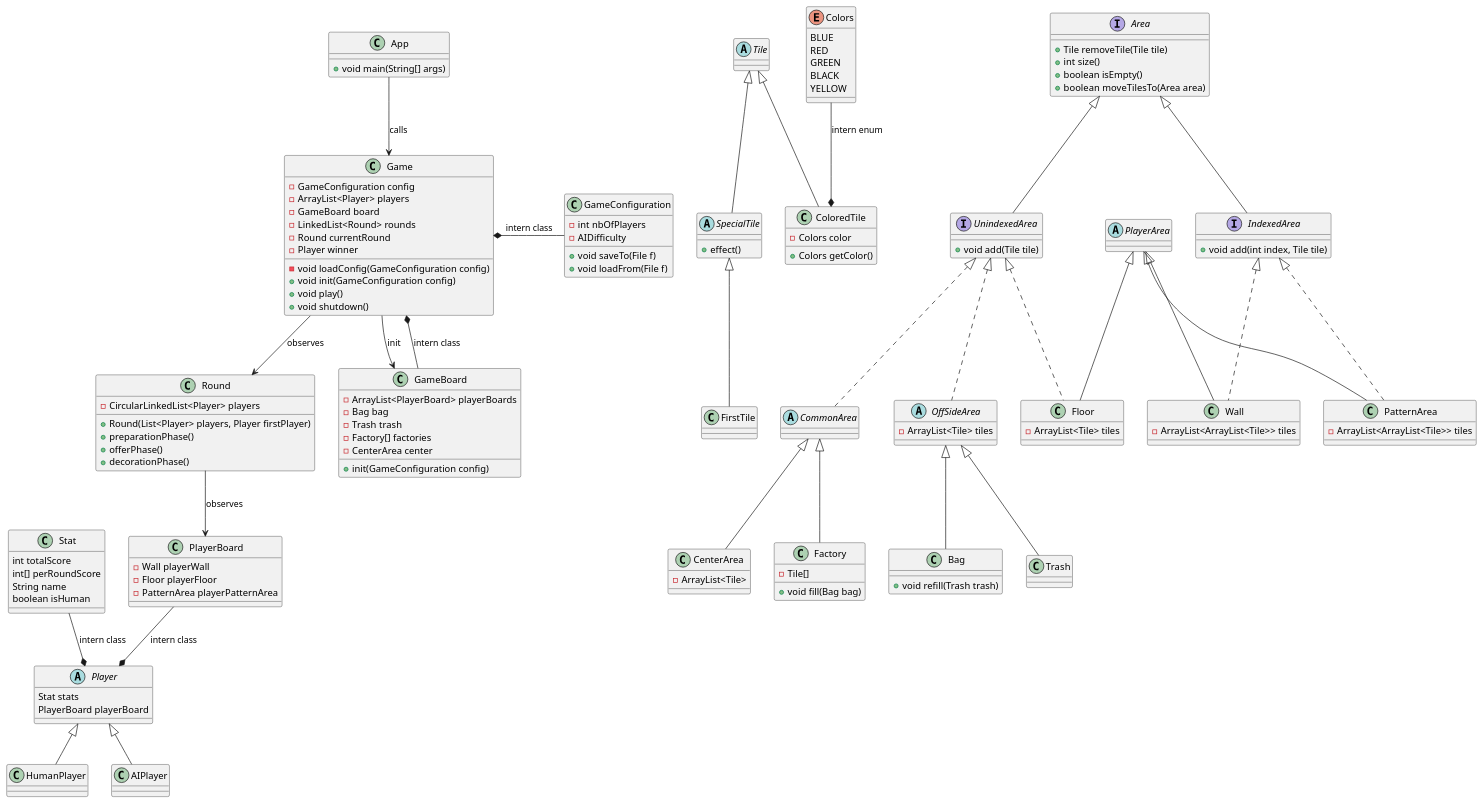
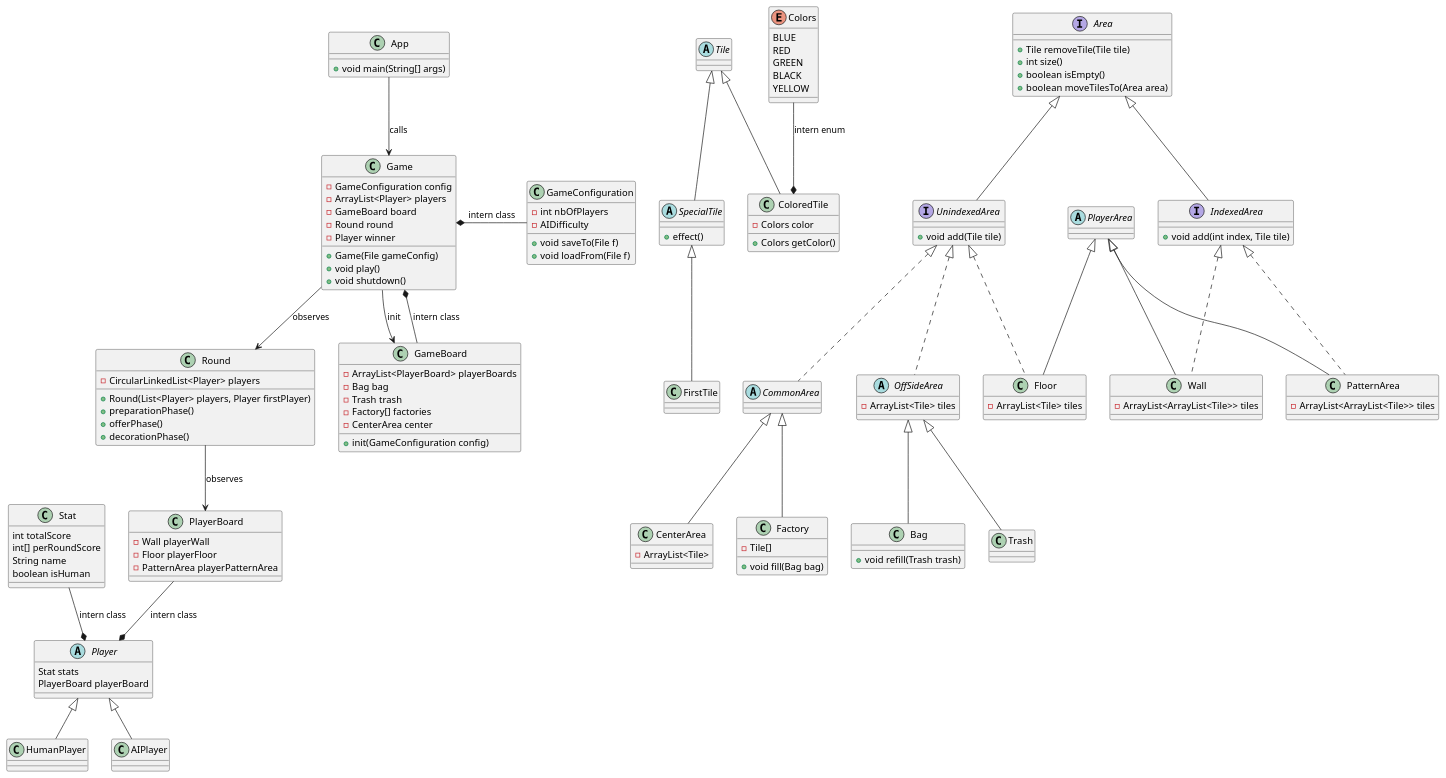
One commit to nsouff/Azul changed the diagram in proj.puml. Above: the diagram before and after it, drawn with PlantUML. The commit also changed 1 other file, not shown here.

Commit message:
Fix Game class to be more precise
Remove the LinkedList of round because there is only one round active at a time
The constructor need a configuration file

```diff
--- a/proj.puml
+++ b/proj.puml
@@ -1,169 +1,167 @@
 @startuml
 
 Abstract class Tile {
 }
 
 
 Tile <|-- SpecialTile
 abstract class SpecialTile {
 	+effect()
 }
 
 Tile <|-- ColoredTile
 class ColoredTile {
 	-Colors color
 	+Colors getColor()
 }
 
 SpecialTile <|-- FirstTile
 class FirstTile
 
 Colors --* ColoredTile : "intern enum"
 enum Colors {
 	BLUE
 	RED
 	GREEN
 	BLACK
 	YELLOW
 }
 
 
 interface Area {
 	+Tile removeTile(Tile tile)
 	+int size()
 	+boolean isEmpty()
 	+boolean moveTilesTo(Area area)
 }
 Area <|-- UnindexedArea
 interface UnindexedArea {
 	+void add(Tile tile)
 }
 
 Area <|-- IndexedArea
 interface IndexedArea {
 	+void add(int index, Tile tile)
 }
 
 UnindexedArea <|.. OffSideArea
 abstract class OffSideArea {
 	-ArrayList<Tile> tiles
 }
 
 OffSideArea <|-- Bag
 class Bag {
 	+void refill(Trash trash)
 }
 
 OffSideArea <|-- Trash
 class Trash {
 
 }
 UnindexedArea <|.. CommonArea
 abstract class CommonArea
 CommonArea <|-- CenterArea
 class CenterArea {
 	-ArrayList<Tile>
 }
 CommonArea <|-- Factory
 class Factory {
 	-Tile[]
 	+void fill(Bag bag)
 }
 
 abstract class PlayerArea
 
 IndexedArea <|.. Wall
 PlayerArea <|-- Wall
 class Wall {
 	-ArrayList<ArrayList<Tile>> tiles
 }
 
 UnindexedArea <|.. Floor
 PlayerArea <|-- Floor
 class Floor {
 	-ArrayList<Tile> tiles
 }
 
 IndexedArea <|.. PatternArea
 PlayerArea <|-- PatternArea
 class PatternArea{
 	-ArrayList<ArrayList<Tile>> tiles
 }
 
 abstract class Player {
 	Stat stats
 	PlayerBoard playerBoard
 }
 
 Stat  --* Player : "intern class"
 class Stat {
 	int totalScore
 	int[] perRoundScore
 	String name
 	boolean isHuman
 }
 
 Player <|-- HumanPlayer
 Player <|-- AIPlayer
 
 
 class PlayerBoard
 PlayerBoard --* Player : "intern class"
 
 
 GameConfiguration -left-* Game : "intern class"
 class GameConfiguration {
 	-int nbOfPlayers
 	-AIDifficulty
 	+void saveTo(File f)
 	+void loadFrom(File f)
 }
 
 Game --> Round : "observes"
 class Game {
 	-GameConfiguration config
 	-ArrayList<Player> players
-	-GameBoard board
-	-LinkedList<Round> rounds
-	-Round currentRound
+	-GameBoard board	
+	-Round round
 	-Player winner
-	-void loadConfig(GameConfiguration config)
-	+void init(GameConfiguration config)
+	+Game(File gameConfig)
 	+void play()
 	+void shutdown()
 }
 
 Game --> GameBoard : "init"
 GameBoard --* Game : "intern class"
 class GameBoard {
 	-ArrayList<PlayerBoard> playerBoards
 	-Bag bag
 	-Trash trash
 	-Factory[] factories
 	-CenterArea center
 	+init(GameConfiguration config)
 }
 
 Round --> PlayerBoard : "observes"
 class PlayerBoard {
 	-Wall playerWall
 	-Floor playerFloor
 	-PatternArea playerPatternArea
 }
 
 class Round {
 	-CircularLinkedList<Player> players
 	+Round(List<Player> players, Player firstPlayer)
 	+preparationPhase()
 	+offerPhase()
 	+decorationPhase()
 }
 
 
 App --> Game : "calls"
 class App {
 	+void main(String[] args)
 }
 
 
 @enduml
```
